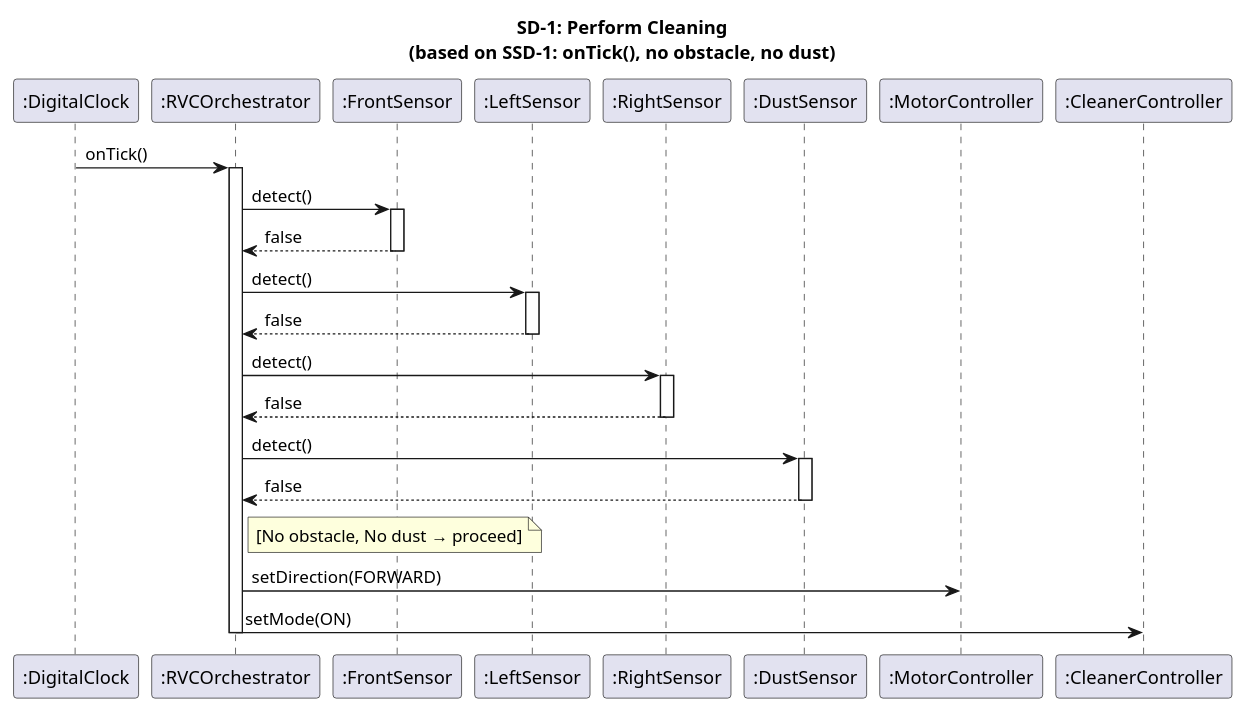
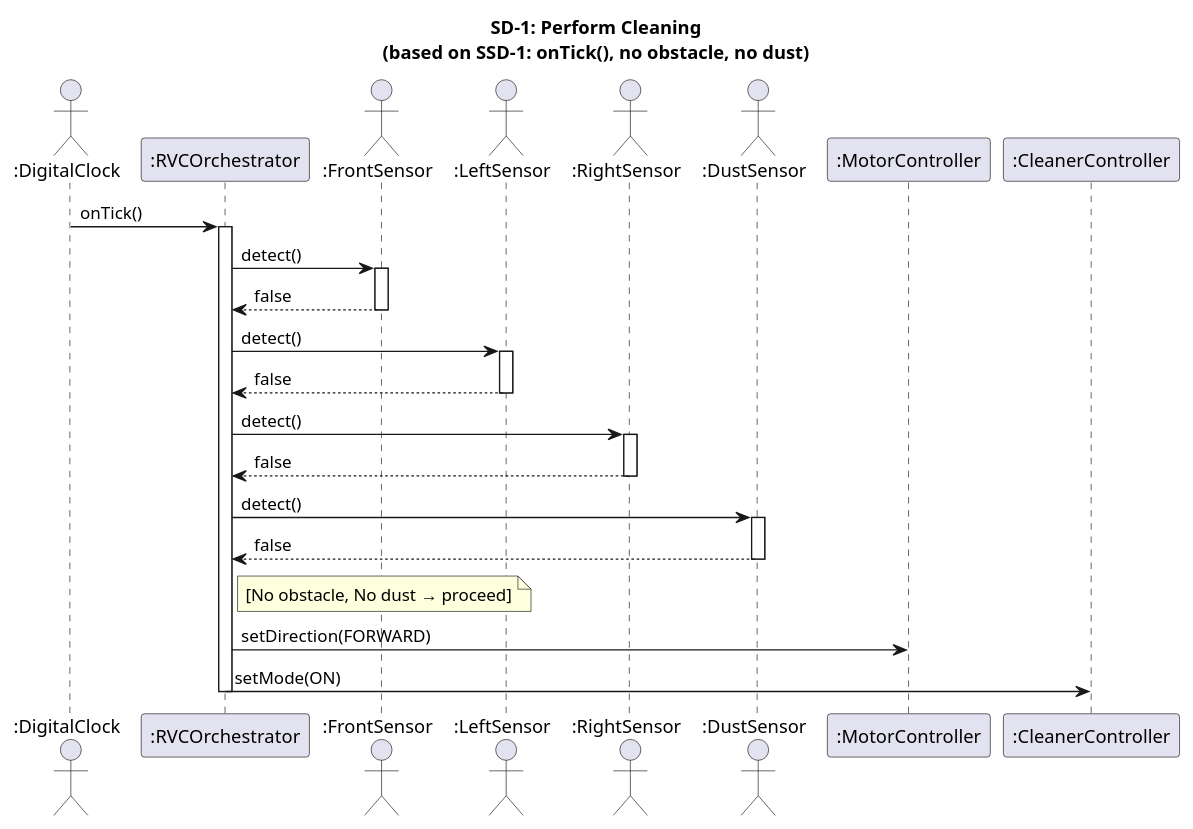
The first of 4 diagrams in docs/vibe-coding/03-ood/sequence-diagrams.mdx (OOP-konkuk/CICD-Team7), drawn with PlantUML before and after one commit. The commit also changed other lines of this file and 4 other files, not shown here.

````diff
--- a/docs/vibe-coding/03-ood/sequence-diagrams.mdx
+++ b/docs/vibe-coding/03-ood/sequence-diagrams.mdx
@@ -29,37 +29,37 @@
 ```plantuml
 @startuml SD1_PerformCleaning
 title SD-1: Perform Cleaning\n(based on SSD-1: onTick(), no obstacle, no dust)
 
-participant ":DigitalClock" as Clock
+actor ":DigitalClock" as Clock
 participant ":RVCOrchestrator" as Orch
-participant ":FrontSensor" as FS
-participant ":LeftSensor" as LS
-participant ":RightSensor" as RS
-participant ":DustSensor" as DS
+actor ":FrontSensor" as FS
+actor ":LeftSensor" as LS
+actor ":RightSensor" as RS
+actor ":DustSensor" as DS
 participant ":MotorController" as Motor
 participant ":CleanerController" as Cleaner
 
 Clock -> Orch : onTick()
 activate Orch
 Orch -> FS : detect()
 activate FS
 FS --> Orch : false
 deactivate FS
 Orch -> LS : detect()
 activate LS
 LS --> Orch : false
 deactivate LS
 Orch -> RS : detect()
 activate RS
 RS --> Orch : false
 deactivate RS
 Orch -> DS : detect()
 activate DS
 DS --> Orch : false
 deactivate DS
 note right of Orch : [No obstacle, No dust → proceed]
 Orch -> Motor : setDirection(FORWARD)
 Orch -> Cleaner : setMode(ON)
 deactivate Orch
 @enduml
 ```
````
